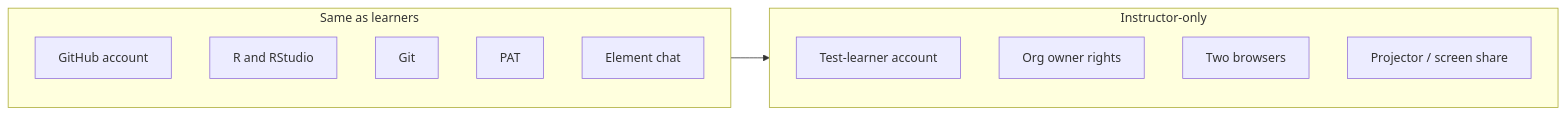
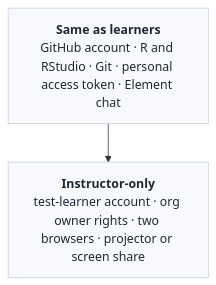
Before and after one commit to gitforsci/website: the diagram in ch-teacher-setup.qmd, drawn with Mermaid. The commit also changed 9 other files, not shown here.

First line of the commit message:
docs(book): unify all mermaid diagrams on the overview style

````diff
--- a/ch-teacher-setup.qmd
+++ b/ch-teacher-setup.qmd
@@ -15,17 +15,9 @@
 ```{mermaid}
-flowchart LR
-    subgraph shared[Same as learners]
-        GH[GitHub account]
-        R[R and RStudio]
-        G[Git]
-        PAT[PAT]
-        EL[Element chat]
-    end
-    subgraph extra[Instructor-only]
-        TEST[Test-learner account]
-        OWNER[Org owner rights]
-        BROWSERS[Two browsers]
-        SCREEN[Projector / screen share]
-    end
-    shared --> extra
+flowchart TD
+    classDef layer fill:#f7f9fc,stroke:#c7d2e0,color:#1f2933;
+
+    S["<b>Same as learners</b><br/>GitHub account · R and RStudio · Git · personal access token · Element chat"]:::layer
+    E["<b>Instructor-only</b><br/>test-learner account · org owner rights · two browsers · projector or screen share"]:::layer
+
+    S --> E
 ```
````
